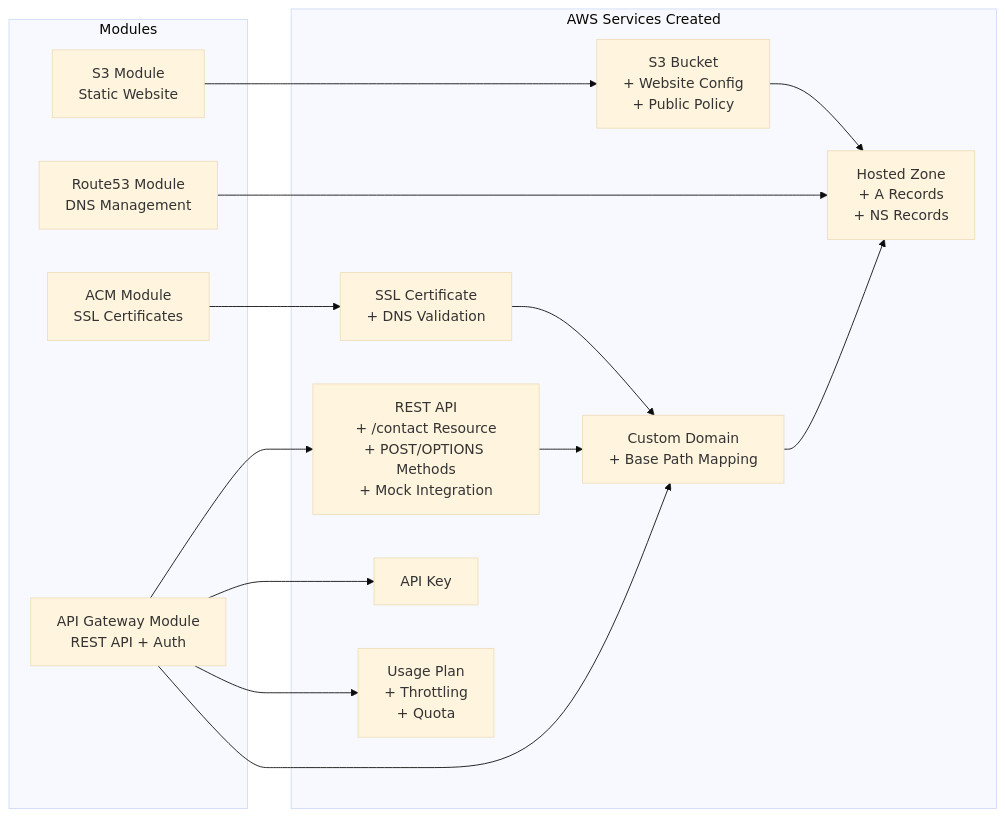
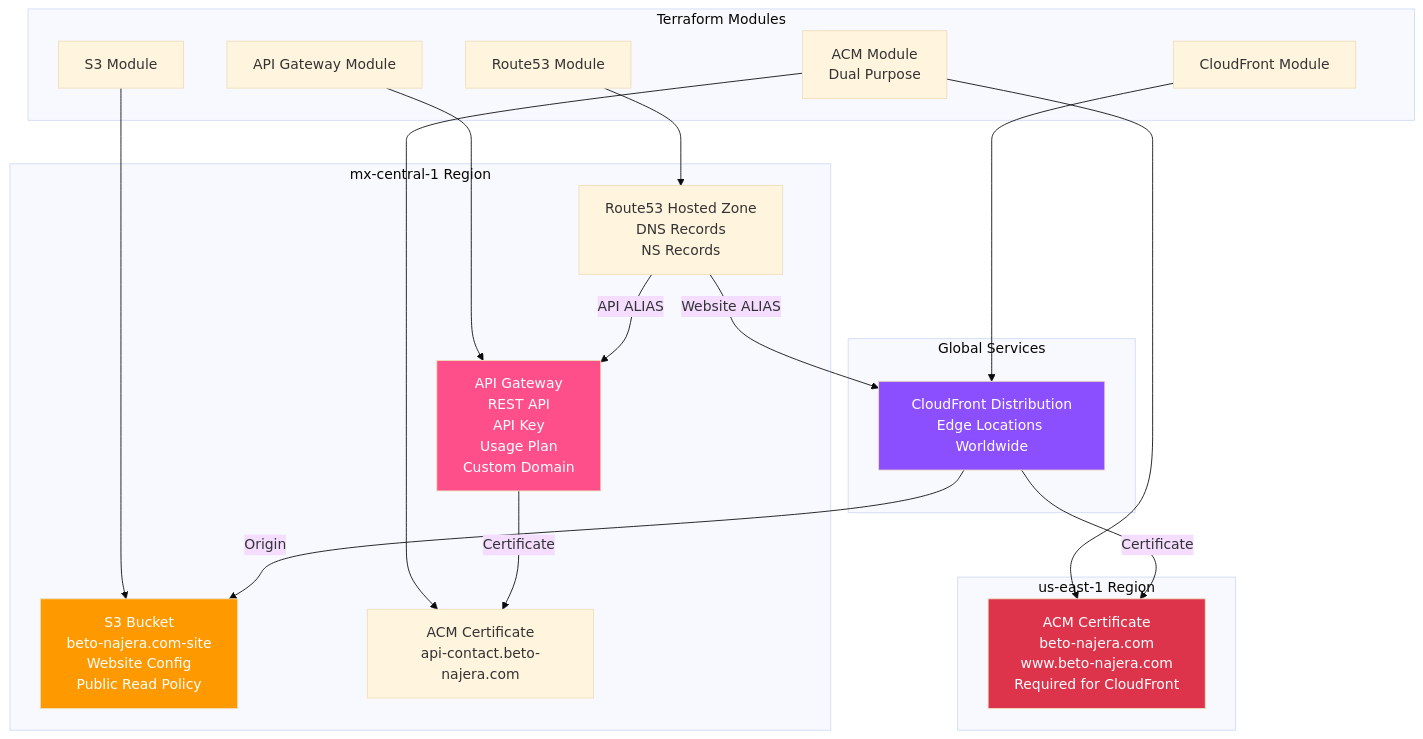
The second of 3 diagrams in infra/README.md (beto-mn/beto-mn-platform), drawn with Mermaid (base theme) before and after one commit. The commit also changed other lines of this file and 5 other files, not shown here.

Commit message:
✨ feat: update README and modules for CloudFront integration, enhance S3 module documentation, and add new outputs for website URLs and CloudFront details

````diff
--- a/infra/README.md
+++ b/infra/README.md
@@ -65,32 +75,46 @@
 ```mermaid
-graph LR
-    subgraph "Modules"
-        S3Module[S3 Module<br/>Static Website]
-        Route53Module[Route53 Module<br/>DNS Management]
-        ACMModule[ACM Module<br/>SSL Certificates]
-        APIModule[API Gateway Module<br/>REST API + Auth]
+graph TB
+    subgraph "Global Services"
+        CF[CloudFront Distribution<br/>Edge Locations Worldwide]
     end
 
-    subgraph "AWS Services Created"
-        S3Bucket[S3 Bucket<br/>+ Website Config<br/>+ Public Policy]
-        HostedZone[Hosted Zone<br/>+ A Records<br/>+ NS Records]
-        Certificate[SSL Certificate<br/>+ DNS Validation]
-        RestAPI[REST API<br/>+ /contact Resource<br/>+ POST/OPTIONS Methods<br/>+ Mock Integration]
-        APIKeyRes[API Key]
-        UsagePlanRes[Usage Plan<br/>+ Throttling<br/>+ Quota]
-        CustomDomainRes[Custom Domain<br/>+ Base Path Mapping]
+    subgraph "us-east-1 Region"
+        ACMCloud[ACM Certificate<br/>beto-najera.com<br/>www.beto-najera.com<br/>Required for CloudFront]
     end
 
-    S3Module --> S3Bucket
-    Route53Module --> HostedZone
-    ACMModule --> Certificate
-    APIModule --> RestAPI
-    APIModule --> APIKeyRes
-    APIModule --> UsagePlanRes
-    APIModule --> CustomDomainRes
+    subgraph "mx-central-1 Region"
+        S3[S3 Bucket<br/>beto-najera.com-site<br/>Website Config<br/>Public Read Policy]
+        
+        Route53[Route53 Hosted Zone<br/>DNS Records<br/>NS Records]
+        
+        ACMAPI[ACM Certificate<br/>api-contact.beto-najera.com]
+        
+        API[API Gateway<br/>REST API<br/>API Key<br/>Usage Plan<br/>Custom Domain]
+    end
 
-    Certificate --> CustomDomainRes
-    RestAPI --> CustomDomainRes
-    S3Bucket --> HostedZone
-    CustomDomainRes --> HostedZone
+    subgraph "Terraform Modules"
+        S3Mod[S3 Module]
+        CFMod[CloudFront Module]
+        R53Mod[Route53 Module]
+        ACMMod[ACM Module<br/>Dual Purpose]
+        APIMod[API Gateway Module]
+    end
+
+    S3Mod --> S3
+    CFMod --> CF
+    R53Mod --> Route53
+    ACMMod --> ACMCloud
+    ACMMod --> ACMAPI
+    APIMod --> API
+
+    CF -->|Origin| S3
+    CF -->|Certificate| ACMCloud
+    Route53 -->|Website ALIAS| CF
+    Route53 -->|API ALIAS| API
+    API -->|Certificate| ACMAPI
+
+    style CF fill:#8c4fff,color:#fff
+    style ACMCloud fill:#dd344c,color:#fff
+    style S3 fill:#ff9900,color:#fff
+    style API fill:#ff4f8b,color:#fff
 ```
````
